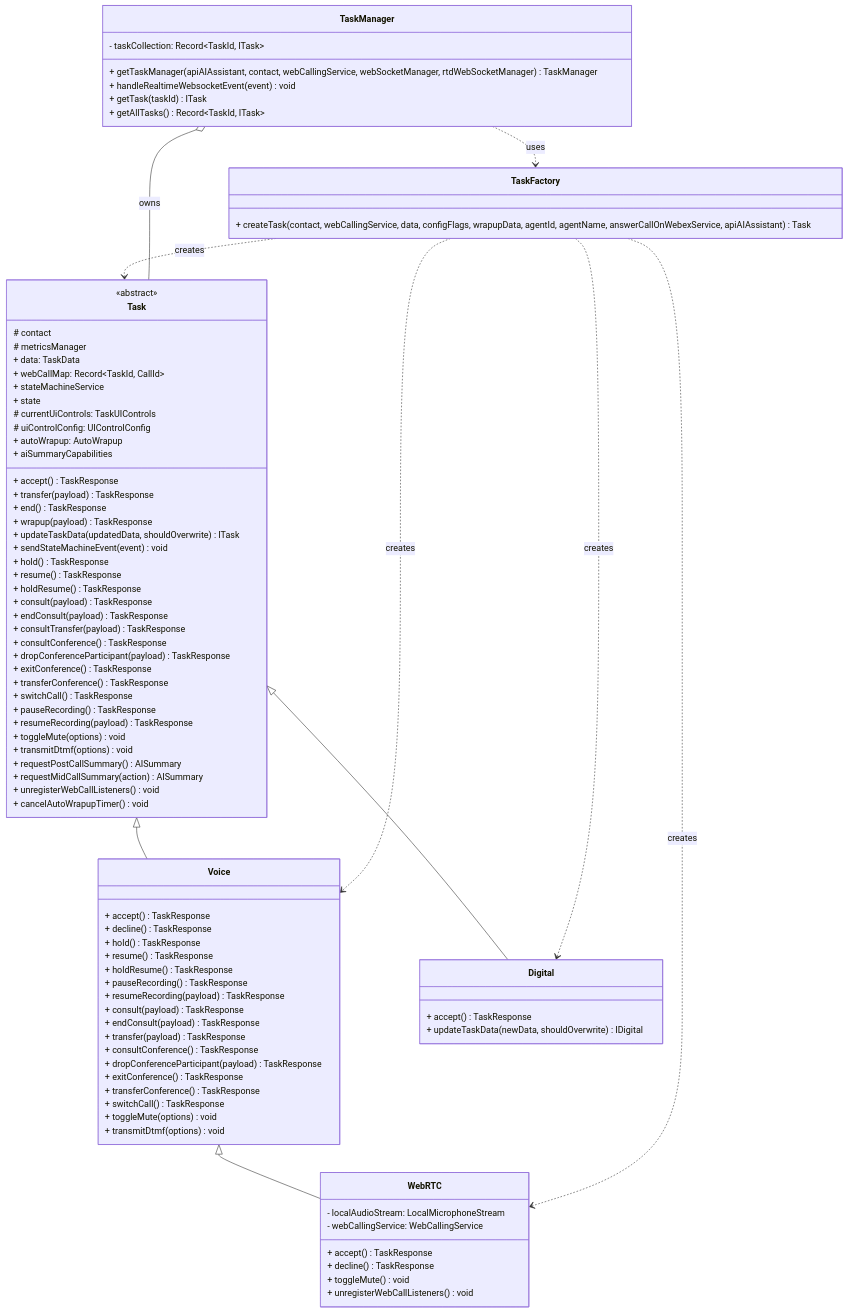
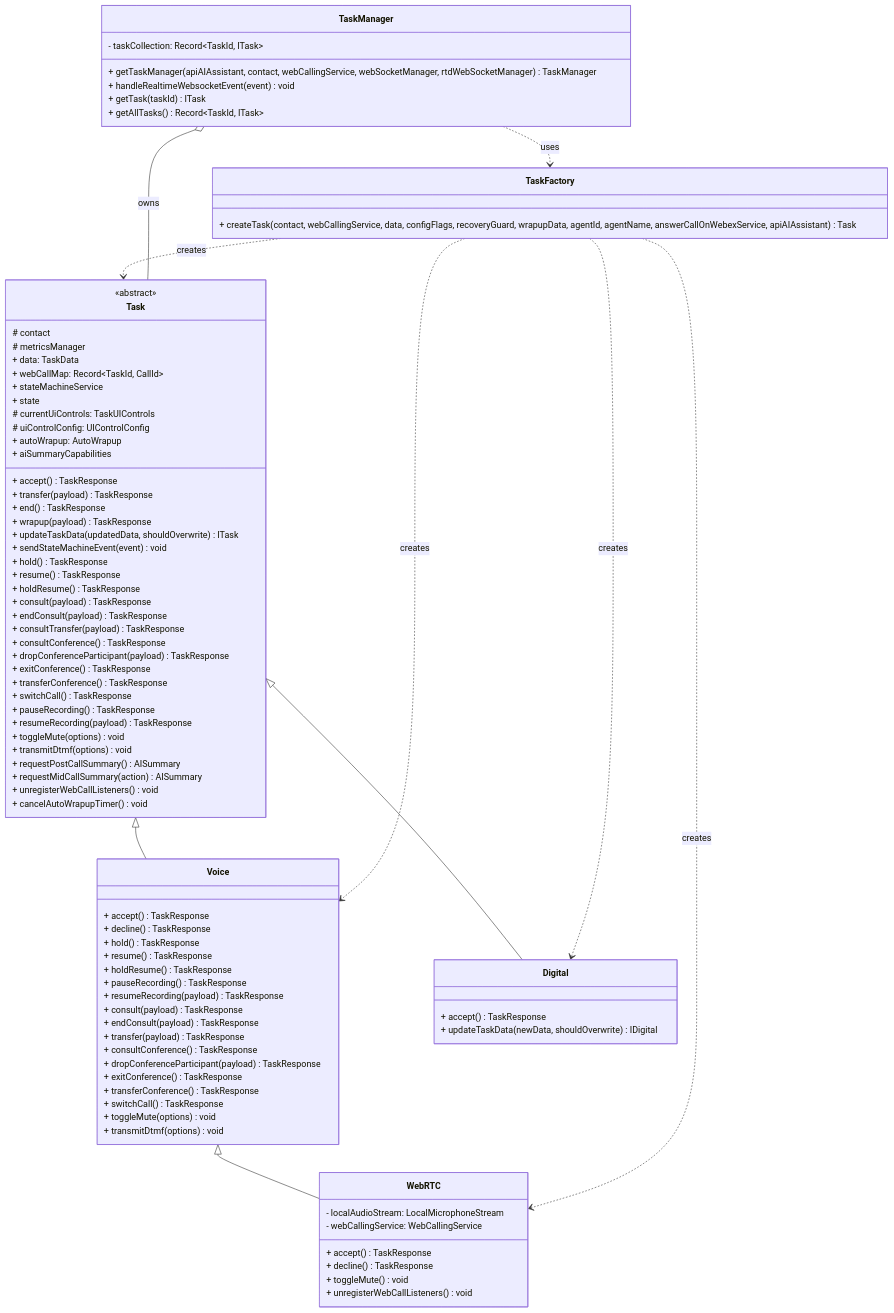
Diagram 14 of 14 in packages/@webex/contact-center/src/services/task/docs/README.md (webex/webex-js-sdk), drawn with Mermaid before and after one commit. The commit also changed other lines of this file and 73 other files, not shown here.

Commit message:
feat(contact-center): implement multi-region recovery

```diff
--- a/packages/@webex/contact-center/src/services/task/docs/README.md
+++ b/packages/@webex/contact-center/src/services/task/docs/README.md
@@ -1269,7 +1313,7 @@
     }
 
     class TaskFactory {
-      + createTask(contact, webCallingService, data, configFlags, wrapupData, agentId, agentName, answerCallOnWebexService, apiAIAssistant) Task
+      + createTask(contact, webCallingService, data, configFlags, recoveryGuard, wrapupData, agentId, agentName, answerCallOnWebexService, apiAIAssistant) Task
     }
 
     class TaskManager {
```
